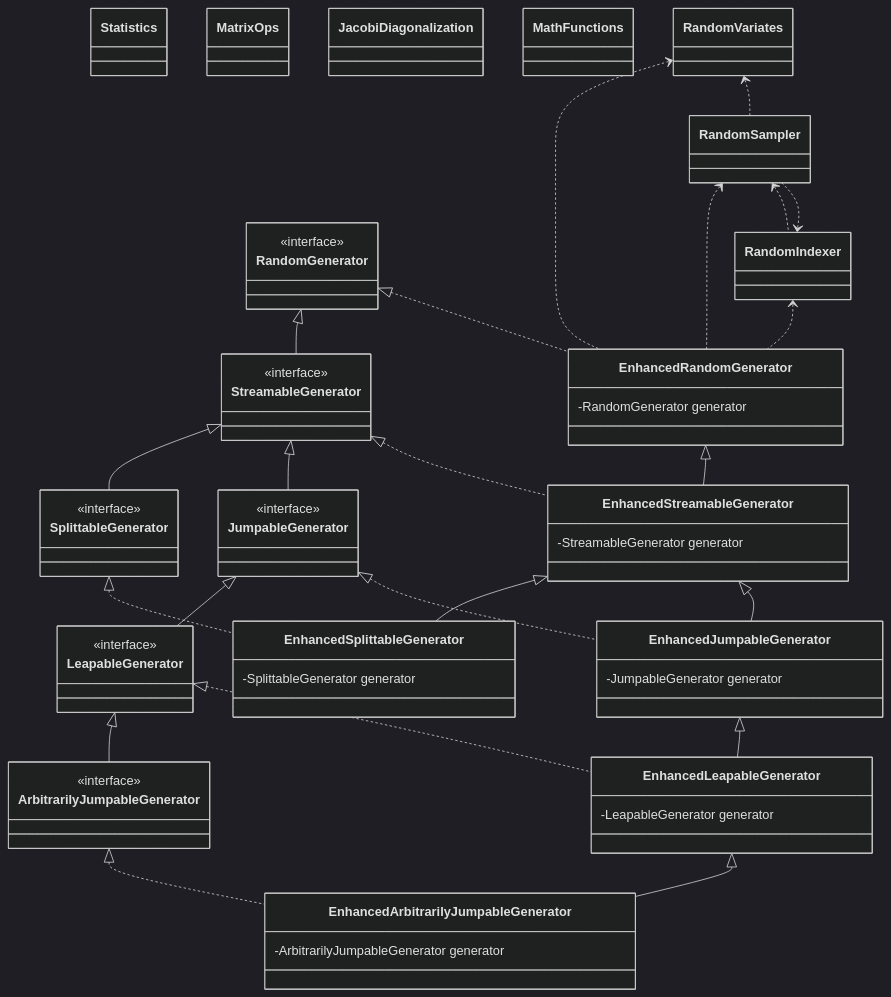
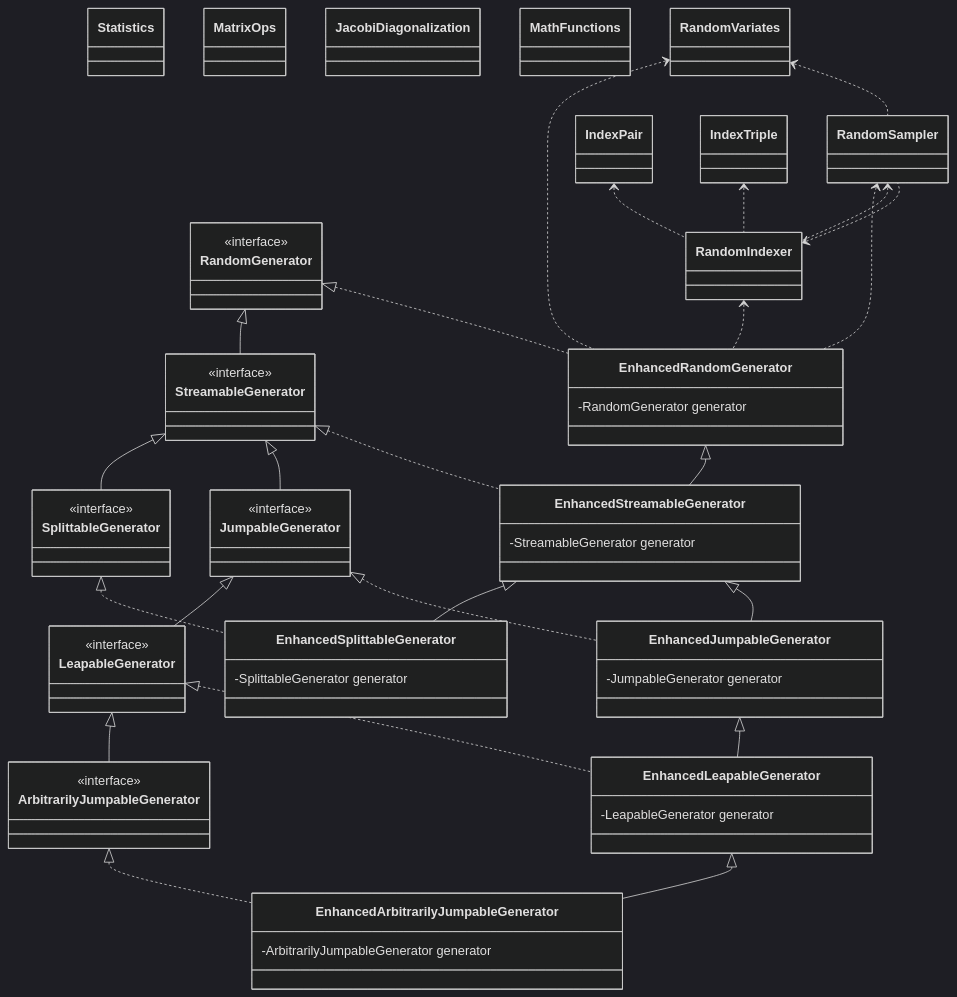
One commit to cicirello/rho-mu changed the diagram in README.md. Above: the diagram before and after it, drawn with Mermaid (dark theme).

````diff
--- a/README.md
+++ b/README.md
@@ -88,75 +88,79 @@
 ```mermaid
 classDiagram
   class Statistics
   class MatrixOps
   class JacobiDiagonalization
   class MathFunctions
   class RandomGenerator
   <<interface>> RandomGenerator
   class StreamableGenerator
   <<interface>> StreamableGenerator
   RandomGenerator <|-- StreamableGenerator
   class SplittableGenerator
   <<interface>> SplittableGenerator
   StreamableGenerator <|-- SplittableGenerator
   class JumpableGenerator
   <<interface>> JumpableGenerator
   StreamableGenerator <|-- JumpableGenerator
   class LeapableGenerator
   <<interface>> LeapableGenerator
   JumpableGenerator <|-- LeapableGenerator
   class ArbitrarilyJumpableGenerator
   <<interface>> ArbitrarilyJumpableGenerator
   LeapableGenerator <|-- ArbitrarilyJumpableGenerator
   class EnhancedRandomGenerator
   RandomGenerator <|.. EnhancedRandomGenerator
   class RandomSampler
   RandomSampler <.. EnhancedRandomGenerator
+  class IndexPair
+  class IndexTriple
   class RandomIndexer
   RandomIndexer <.. EnhancedRandomGenerator
   RandomIndexer <.. RandomSampler
   RandomSampler <.. RandomIndexer
+  IndexPair <.. RandomIndexer
+  IndexTriple <.. RandomIndexer
   class RandomVariates
   RandomVariates <.. EnhancedRandomGenerator
   RandomVariates <.. RandomSampler
   EnhancedRandomGenerator : -RandomGenerator generator
   class EnhancedStreamableGenerator
   EnhancedRandomGenerator <|-- EnhancedStreamableGenerator
   StreamableGenerator <|.. EnhancedStreamableGenerator
   EnhancedStreamableGenerator : -StreamableGenerator generator
   class EnhancedSplittableGenerator
   EnhancedStreamableGenerator <|-- EnhancedSplittableGenerator
   SplittableGenerator <|.. EnhancedSplittableGenerator
   EnhancedSplittableGenerator : -SplittableGenerator generator
   class EnhancedJumpableGenerator
   EnhancedStreamableGenerator <|-- EnhancedJumpableGenerator
   JumpableGenerator <|.. EnhancedJumpableGenerator
   EnhancedJumpableGenerator : -JumpableGenerator generator
   class EnhancedLeapableGenerator
   EnhancedJumpableGenerator <|-- EnhancedLeapableGenerator
   LeapableGenerator <|.. EnhancedLeapableGenerator
   EnhancedLeapableGenerator : -LeapableGenerator generator
   class EnhancedArbitrarilyJumpableGenerator
   EnhancedLeapableGenerator <|-- EnhancedArbitrarilyJumpableGenerator
   ArbitrarilyJumpableGenerator <|.. EnhancedArbitrarilyJumpableGenerator
   EnhancedArbitrarilyJumpableGenerator : -ArbitrarilyJumpableGenerator generator
   link RandomIndexer "https://rho-mu.cicirello.org/api/org.cicirello.rho_mu/org/cicirello/math/rand/RandomIndexer.html"
   link RandomVariates "https://rho-mu.cicirello.org/api/org.cicirello.rho_mu/org/cicirello/math/rand/RandomVariates.html"
   link RandomSampler "https://rho-mu.cicirello.org/api/org.cicirello.rho_mu/org/cicirello/math/rand/RandomSampler.html"
   link EnhancedRandomGenerator "https://rho-mu.cicirello.org/api/org.cicirello.rho_mu/org/cicirello/math/rand/EnhancedRandomGenerator.html"
   link EnhancedStreamableGenerator "https://rho-mu.cicirello.org/api/org.cicirello.rho_mu/org/cicirello/math/rand/EnhancedStreamableGenerator.html"
   link EnhancedSplittableGenerator "https://rho-mu.cicirello.org/api/org.cicirello.rho_mu/org/cicirello/math/rand/EnhancedSplittableGenerator.html"
   link EnhancedJumpableGenerator "https://rho-mu.cicirello.org/api/org.cicirello.rho_mu/org/cicirello/math/rand/EnhancedJumpableGenerator.html"
   link EnhancedLeapableGenerator "https://rho-mu.cicirello.org/api/org.cicirello.rho_mu/org/cicirello/math/rand/EnhancedLeapableGenerator.html"
   link EnhancedArbitrarilyJumpableGenerator "https://rho-mu.cicirello.org/api/org.cicirello.rho_mu/org/cicirello/math/rand/EnhancedArbitrarilyJumpableGenerator.html"
   link RandomGenerator "https://docs.oracle.com/en/java/javase/17/docs/api/java.base/java/util/random/RandomGenerator.html"
   link StreamableGenerator "https://docs.oracle.com/en/java/javase/17/docs/api/java.base/java/util/random/RandomGenerator.StreamableGenerator.html"
   link SplittableGenerator "https://docs.oracle.com/en/java/javase/17/docs/api/java.base/java/util/random/RandomGenerator.SplittableGenerator.html"
   link JumpableGenerator "https://docs.oracle.com/en/java/javase/17/docs/api/java.base/java/util/random/RandomGenerator.JumpableGenerator.html"
   link LeapableGenerator "https://docs.oracle.com/en/java/javase/17/docs/api/java.base/java/util/random/RandomGenerator.LeapableGenerator.html"
   link ArbitrarilyJumpableGenerator "https://docs.oracle.com/en/java/javase/17/docs/api/java.base/java/util/random/RandomGenerator.ArbitrarilyJumpableGenerator.html"
   link MathFunctions "https://rho-mu.cicirello.org/api/org.cicirello.rho_mu/org/cicirello/math/MathFunctions.html"
   link Statistics "https://rho-mu.cicirello.org/api/org.cicirello.rho_mu/org/cicirello/math/stats/Statistics.html"
   link MatrixOps "https://rho-mu.cicirello.org/api/org.cicirello.rho_mu/org/cicirello/math/la/MatrixOps.html"
   link JacobiDiagonalization "https://rho-mu.cicirello.org/api/org.cicirello.rho_mu/org/cicirello/math/la/JacobiDiagonalization.html"
 ```
````
